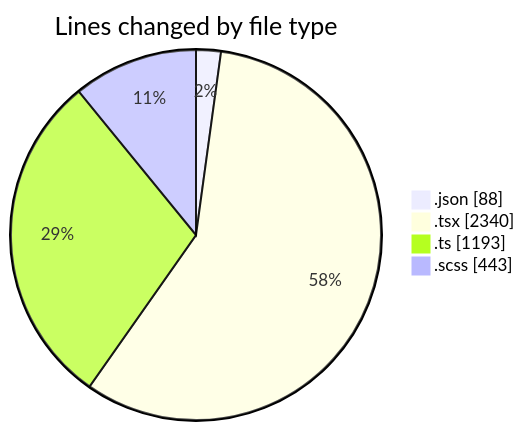
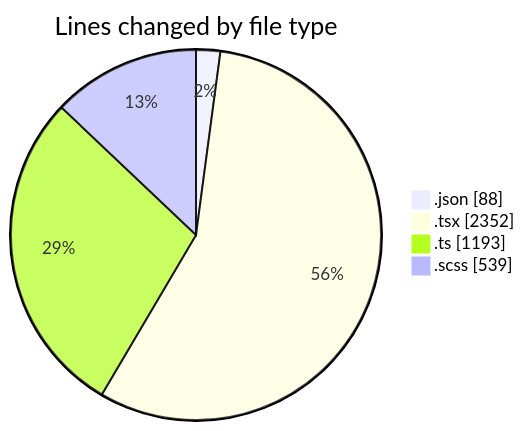
Before and after one commit to momahboobian/code-tracking: the first of 2 diagrams in 2026-10-22/cda/README.md, drawn with Mermaid. The commit also changed other lines of this file and 1 other file, not shown here.

````diff
--- a/2026-10-22/cda/README.md
+++ b/2026-10-22/cda/README.md
@@ -30,8 +30,8 @@
 ```mermaid
 pie showData
 title Lines changed by file type
 ".json" : 88
-".tsx" : 2340
+".tsx" : 2352
 ".ts" : 1193
-".scss" : 443
+".scss" : 539
 ```
````
